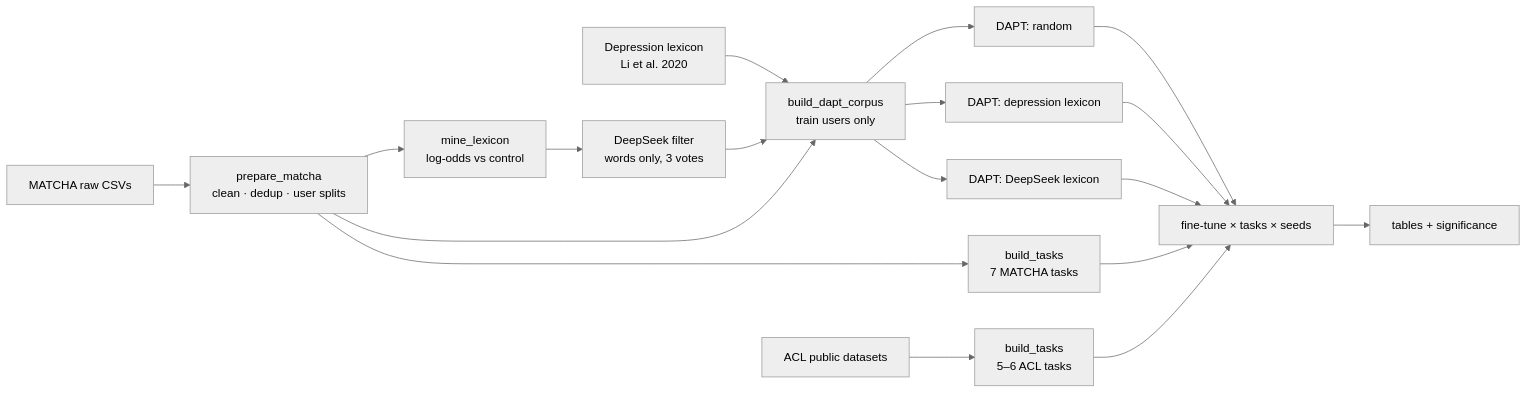
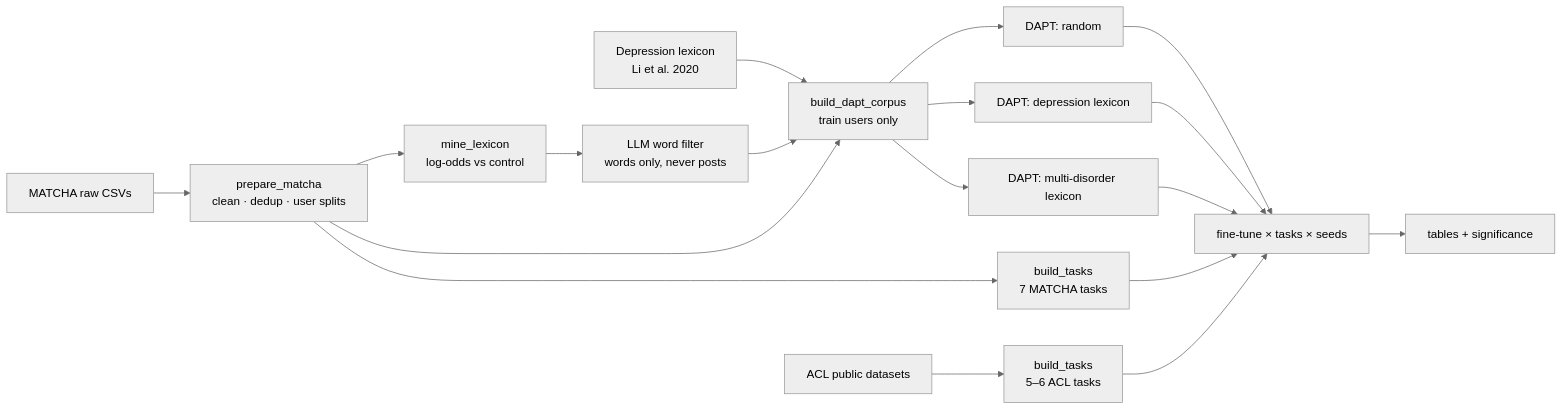
The diagram in README.md (shehryars715/matcha-bench), drawn with Mermaid (neutral theme) before and after one commit. The commit also changed other lines of this file and 14 other files, not shown here.

First line of the commit message:
Add multi-disorder lexicon built from word-level annotations

````diff
--- a/README.md
+++ b/README.md
@@ -42,17 +42,17 @@
 ```mermaid
 flowchart LR
     A[MATCHA raw CSVs] --> B[prepare_matcha<br/>clean · dedup · user splits]
     B --> C[build_tasks<br/>7 MATCHA tasks]
     D[ACL public datasets] --> C2[build_tasks<br/>5–6 ACL tasks]
     B --> E[mine_lexicon<br/>log-odds vs control]
-    E --> F[DeepSeek filter<br/>words only, 3 votes]
+    E --> F[LLM word filter<br/>words only, never posts]
     G[Depression lexicon<br/>Li et al. 2020] --> H
     F --> H[build_dapt_corpus<br/>train users only]
     B --> H
     H --> I1[DAPT: random]
     H --> I2[DAPT: depression lexicon]
-    H --> I3[DAPT: DeepSeek lexicon]
+    H --> I3[DAPT: multi-disorder lexicon]
     I1 & I2 & I3 --> J[fine-tune × tasks × seeds]
     C & C2 --> J
     J --> K[tables + significance]
 ```
````
